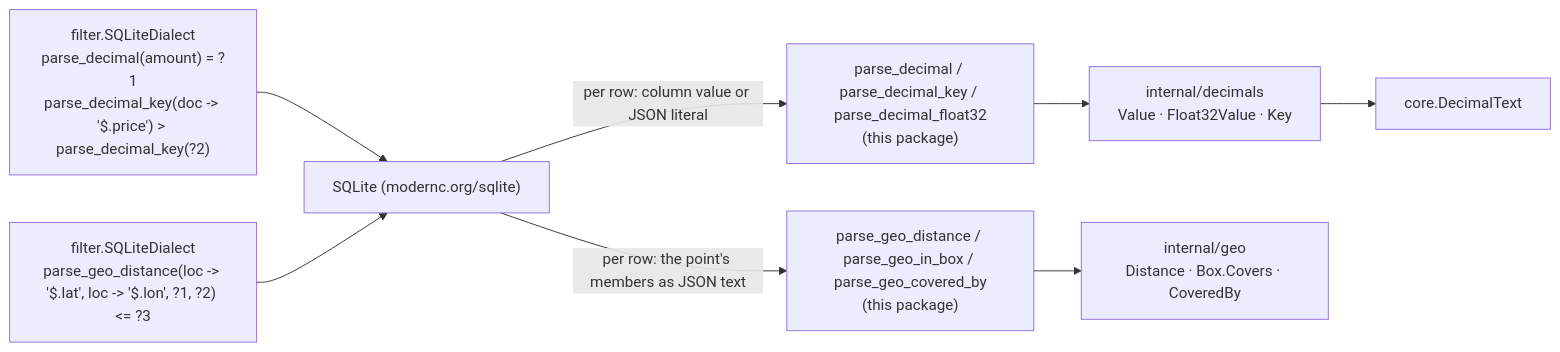
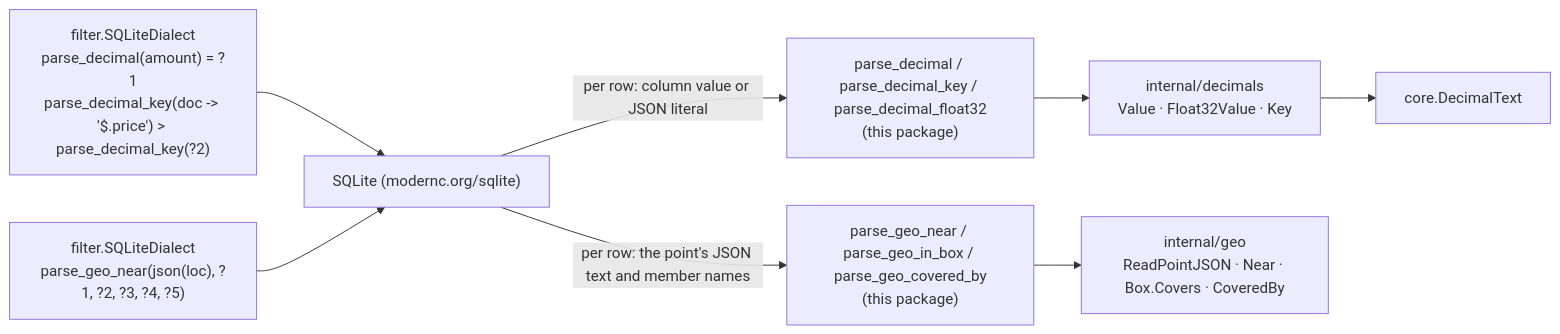
The diagram in parse/parsesqlite/README.md (ashtonian/pkg), drawn with Mermaid before and after one commit. The commit also changed other lines of this file and 13 other files, not shown here.

First line of the commit message:
fix(parse): read geo points as PostgreSQL does and refuse mismatched geo operands

````diff
--- a/parse/parsesqlite/README.md
+++ b/parse/parsesqlite/README.md
@@ -20,10 +20,10 @@
 ```mermaid
 flowchart LR
     plan["filter.SQLiteDialect<br/>parse_decimal(amount) = ?1<br/>parse_decimal_key(doc -> '$.price') > parse_decimal_key(?2)"] --> sqlite["SQLite (modernc.org/sqlite)"]
     sqlite -->|"per row: column value or JSON literal"| fns["parse_decimal / parse_decimal_key / parse_decimal_float32<br/>(this package)"]
     fns --> dec["internal/decimals<br/>Value · Float32Value · Key"]
     dec --> core["core.DecimalText"]
-    geoplan["filter.SQLiteDialect<br/>parse_geo_distance(loc -> '$.lat', loc -> '$.lon', ?1, ?2) <= ?3"] --> sqlite
-    sqlite -->|"per row: the point's members as JSON text"| geofns["parse_geo_distance / parse_geo_in_box / parse_geo_covered_by<br/>(this package)"]
-    geofns --> geo["internal/geo<br/>Distance · Box.Covers · CoveredBy"]
+    geoplan["filter.SQLiteDialect<br/>parse_geo_near(json(loc), ?1, ?2, ?3, ?4, ?5)"] --> sqlite
+    sqlite -->|"per row: the point's JSON text and member names"| geofns["parse_geo_near / parse_geo_in_box / parse_geo_covered_by<br/>(this package)"]
+    geofns --> geo["internal/geo<br/>ReadPointJSON · Near · Box.Covers · CoveredBy"]
 ```
````
